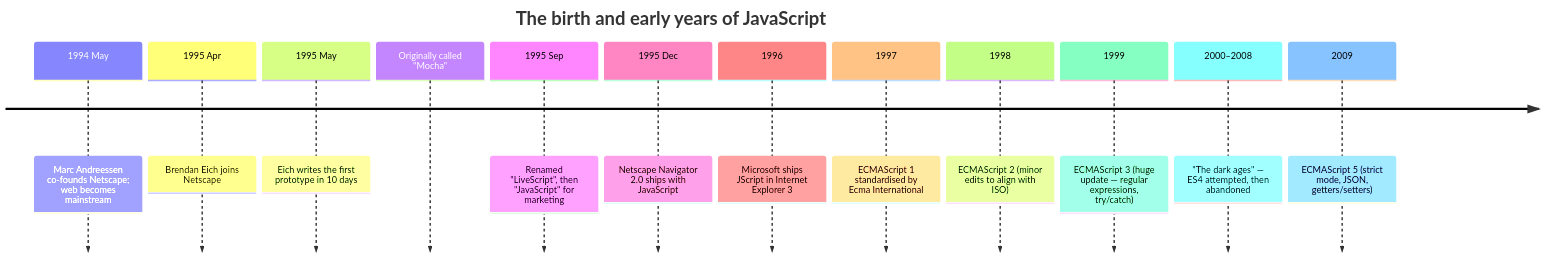
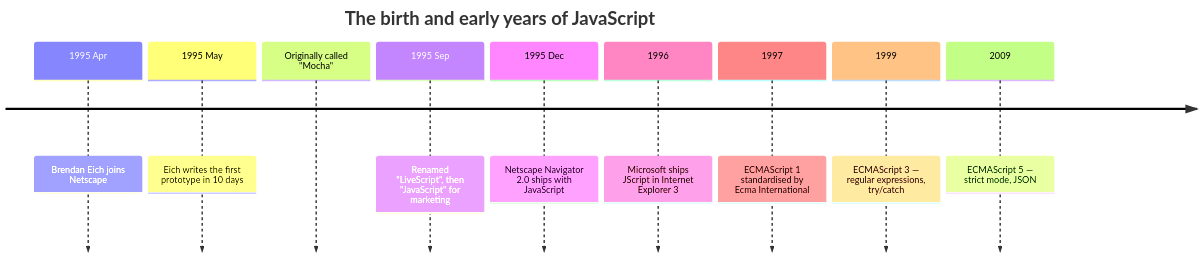
Before and after one commit to dataslope/dataslope: the second of 2 diagrams in content/learn/beginners-javascript/birth-of-javascript.mdx, drawn with Mermaid. The commit also changed other lines of this file and 13 other files, not shown here.

````diff
--- a/content/learn/beginners-javascript/birth-of-javascript.mdx
+++ b/content/learn/beginners-javascript/birth-of-javascript.mdx
@@ -153,16 +375,13 @@
 ```mermaid
 timeline
     title The birth and early years of JavaScript
-    1994 May : Marc Andreessen co-founds Netscape; web becomes mainstream
     1995 Apr : Brendan Eich joins Netscape
     1995 May : Eich writes the first prototype in 10 days
               Originally called "Mocha"
     1995 Sep : Renamed "LiveScript", then "JavaScript" for marketing
     1995 Dec : Netscape Navigator 2.0 ships with JavaScript
     1996 : Microsoft ships JScript in Internet Explorer 3
     1997 : ECMAScript 1 standardised by Ecma International
-    1998 : ECMAScript 2 (minor edits to align with ISO)
-    1999 : ECMAScript 3 (huge update — regular expressions, try/catch)
-    2000–2008 : "The dark ages" — ES4 attempted, then abandoned
-    2009 : ECMAScript 5 (strict mode, JSON, getters/setters)
+    1999 : ECMAScript 3 — regular expressions, try/catch
+    2009 : ECMAScript 5 — strict mode, JSON
 ```
````
